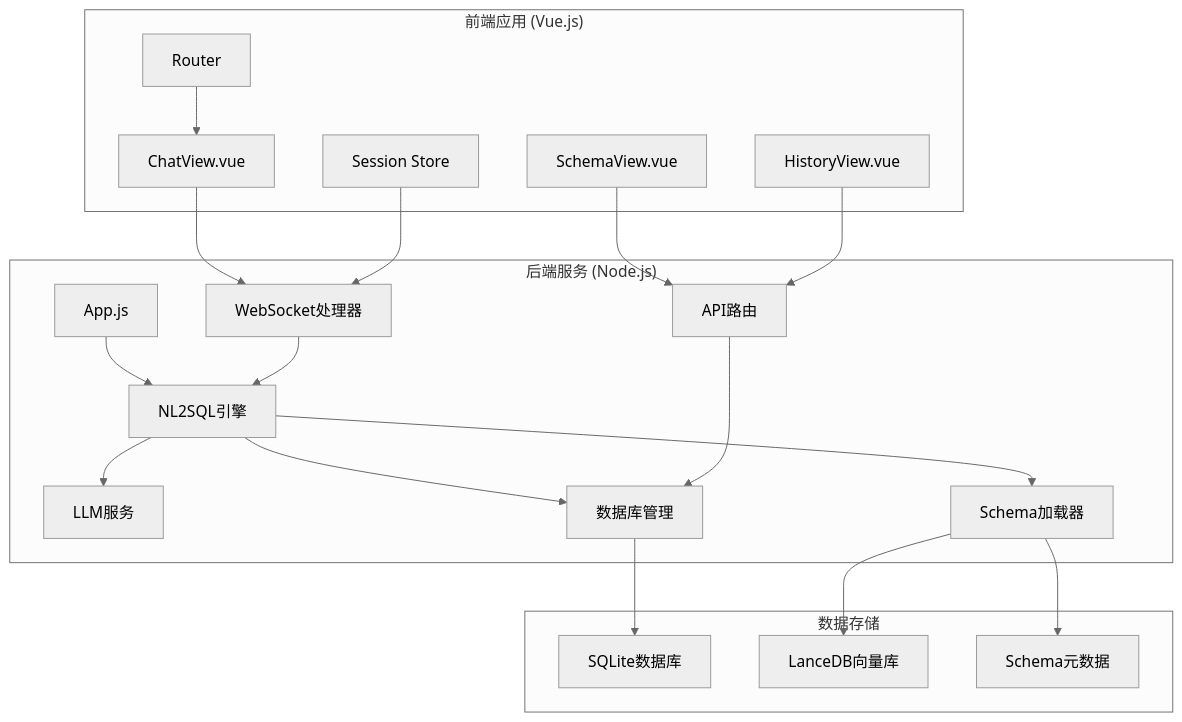
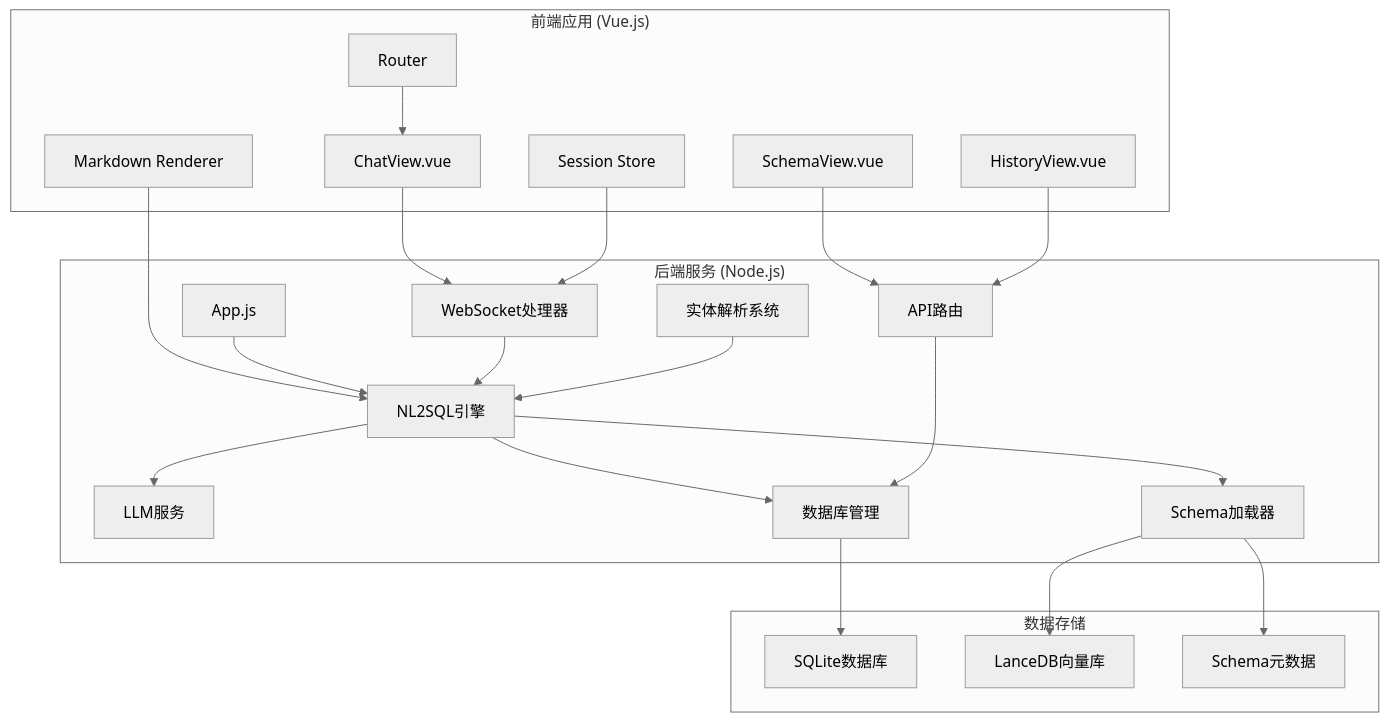
Before and after one commit to HanHuiOnLine/724-office: the first of 12 diagrams in .qoder/repowiki/zh/content/核心模块详解/NL2SQL自然语言到SQL系统.md, drawn with Mermaid (neutral theme). The commit also changed other lines of this file and 14 other files, not shown here.

````diff
--- a/.qoder/repowiki/zh/content/核心模块详解/NL2SQL自然语言到SQL系统.md
+++ b/.qoder/repowiki/zh/content/核心模块详解/NL2SQL自然语言到SQL系统.md
@@ -50,38 +63,42 @@
 ```mermaid
 graph TB
 subgraph "前端应用 (Vue.js)"
 FE1[ChatView.vue]
 FE2[SchemaView.vue]
 FE3[HistoryView.vue]
 FE4[Session Store]
 FE5[Router]
+FE6[Markdown Renderer]
 end
 subgraph "后端服务 (Node.js)"
 BE1[App.js]
 BE2[NL2SQL引擎]
 BE3[LLM服务]
 BE4[Schema加载器]
 BE5[数据库管理]
 BE6[WebSocket处理器]
 BE7[API路由]
+BE8[实体解析系统]
 end
 subgraph "数据存储"
 DS1[SQLite数据库]
 DS2[LanceDB向量库]
 DS3[Schema元数据]
 end
 FE1 --> BE6
 FE2 --> BE7
 FE3 --> BE7
 FE4 --> BE6
 FE5 --> FE1
+FE6 --> BE2
 BE1 --> BE2
 BE2 --> BE3
 BE2 --> BE4
 BE2 --> BE5
 BE6 --> BE2
 BE7 --> BE5
+BE8 --> BE2
 BE4 --> DS3
 BE5 --> DS1
 BE4 --> DS2
 ```
````
